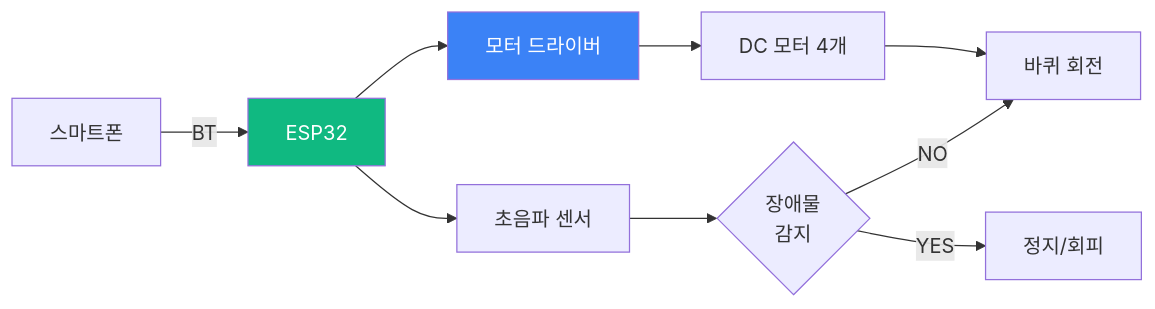
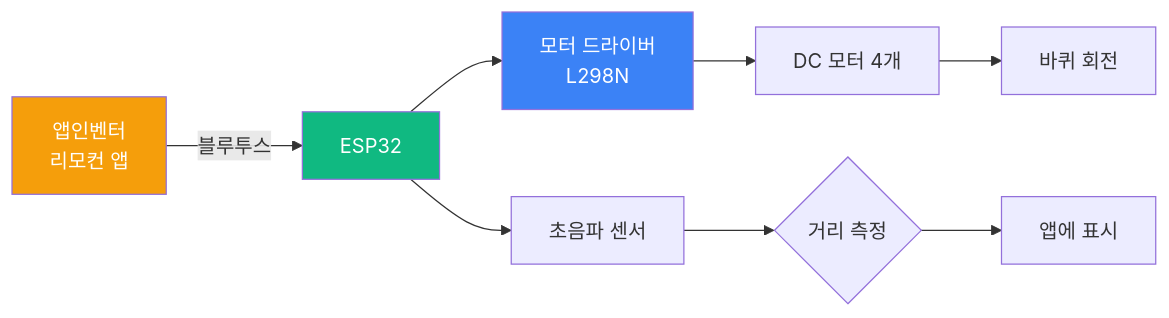
One commit to Collegenie-X/AIMakerLab_Web changed the fourth of 10 diagrams in documents/CURRICULUM/맛보기_아두이노_ESP32.md. Above: the diagram before and after it, drawn with Mermaid. The commit also changed other lines of this file and 3 other files, not shown here.

````diff
--- a/documents/CURRICULUM/맛보기_아두이노_ESP32.md
+++ b/documents/CURRICULUM/맛보기_아두이노_ESP32.md
@@ -170,15 +188,15 @@
 ```mermaid
 graph LR
-    A[스마트폰] -->|BT| B[ESP32]
-    B --> C[모터 드라이버]
+    A[앱인벤터<br/>리모컨 앱] -->|블루투스| B[ESP32]
+    B --> C[모터 드라이버<br/>L298N]
     C --> D[DC 모터 4개]
     D --> E[바퀴 회전]
     
     B --> F[초음파 센서]
-    F --> G{장애물<br/>감지}
-    G -->|YES| H[정지/회피]
-    G -->|NO| E
+    F --> G{거리 측정}
+    G --> H[앱에 표시]
     
+    style A fill:#f59e0b,color:#fff
     style B fill:#10b981,color:#fff
     style C fill:#3b82f6,color:#fff
 ```
````
